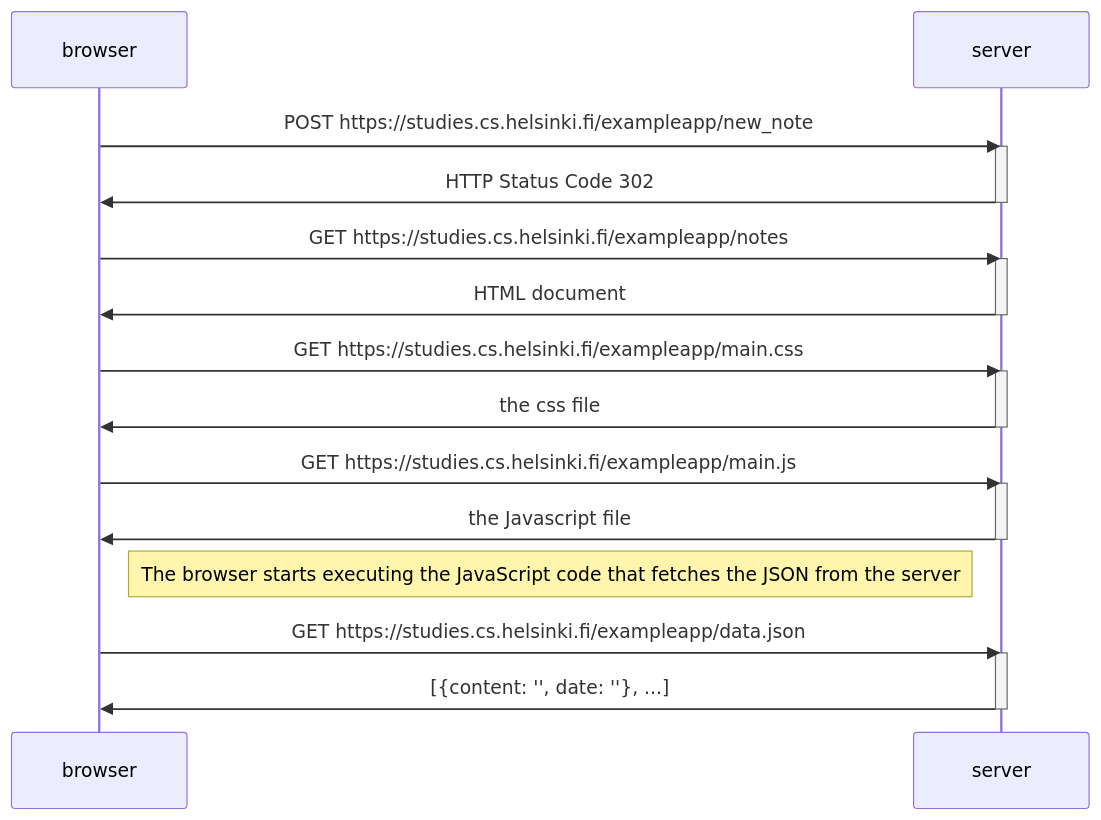
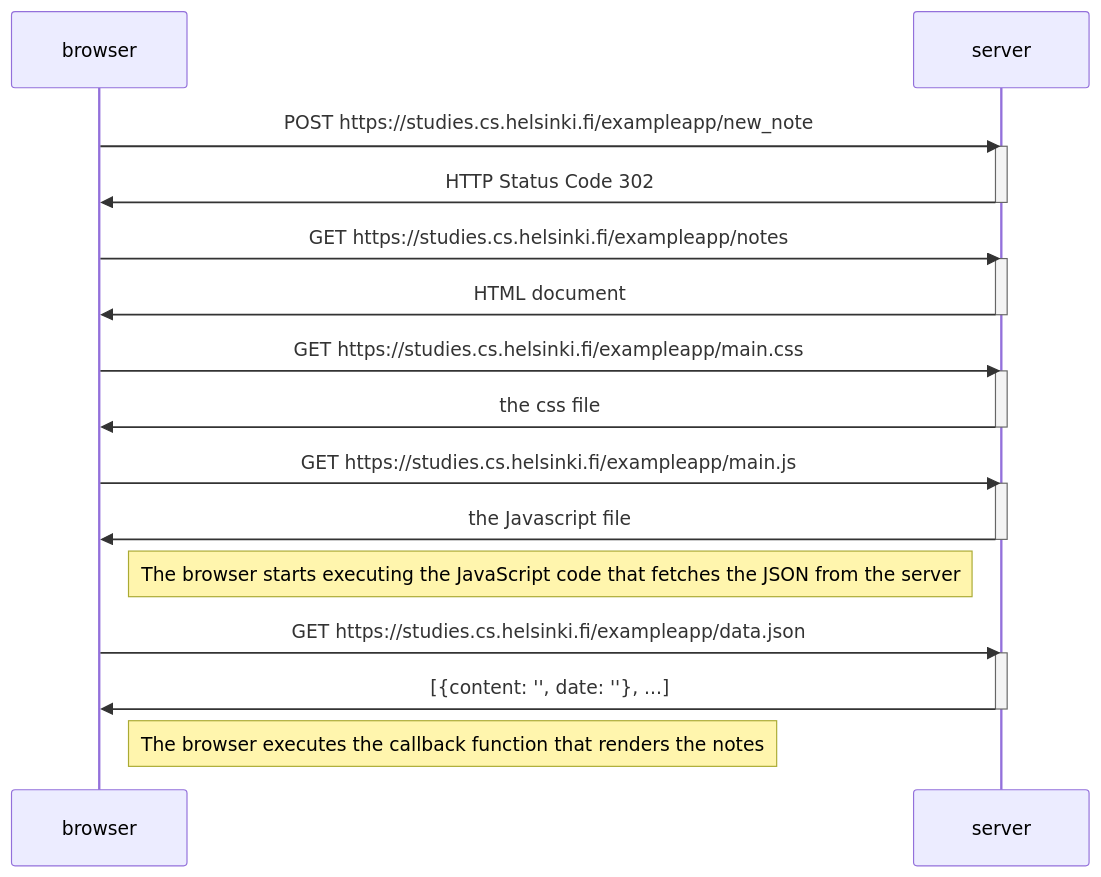
One commit to HunterOB/Part-Zero changed the diagram in 0.4-note-diagram.md. Above: the diagram before and after it, drawn with Mermaid.

Commit message:
extra info

````diff
--- a/0.4-note-diagram.md
+++ b/0.4-note-diagram.md
@@ -1,36 +1,38 @@
 ```mermaid
 
 sequenceDiagram
     participant browser
     participant server
 
 
     browser->>server: POST https://studies.cs.helsinki.fi/exampleapp/new_note
     activate server
     server->>browser: HTTP Status Code 302
     deactivate server
 
 
     browser->>server: GET https://studies.cs.helsinki.fi/exampleapp/notes
     activate server
     server->>browser: HTML document
     deactivate server
 
     browser->>server: GET https://studies.cs.helsinki.fi/exampleapp/main.css
     activate server
     server->>browser: the css file
     deactivate server
 
     browser->>server: GET https://studies.cs.helsinki.fi/exampleapp/main.js
     activate server
     server->>browser: the Javascript file
     deactivate server
 
     Note right of browser: The browser starts executing the JavaScript code that fetches the JSON from the server
 
     browser->>server: GET https://studies.cs.helsinki.fi/exampleapp/data.json
     activate server
     server->>browser: [{content: '', date: ''}, ...]
     deactivate server
 
+    Note right of browser: The browser executes the callback function that renders the notes
+
 ```
````
